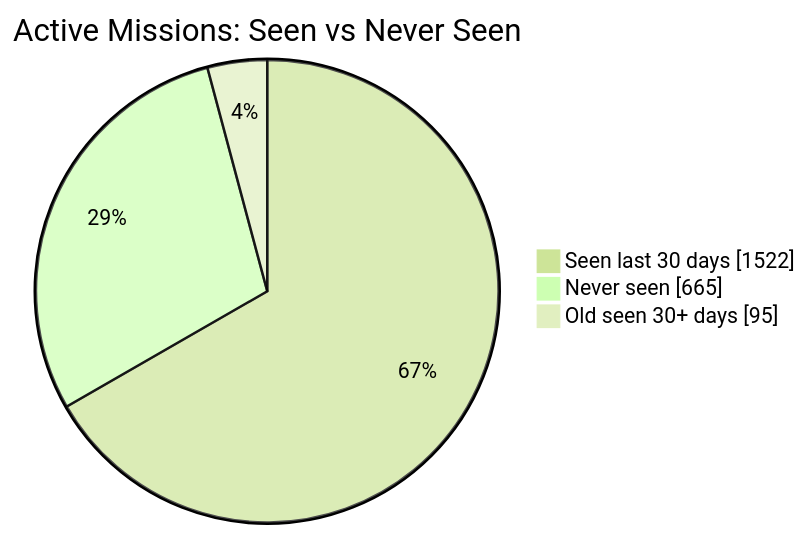
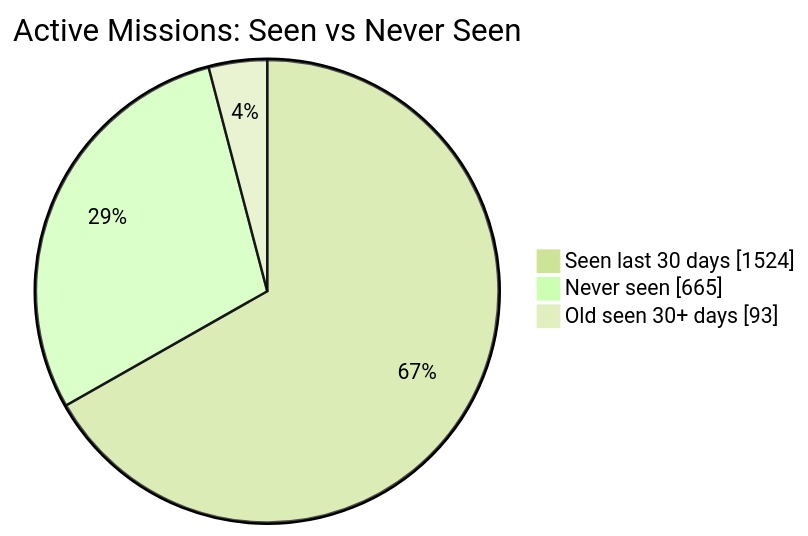
The first of 2 diagrams in README.md (MeldkamerspelGameTeam/active-missions), drawn with Mermaid (forest theme) before and after one commit. The commit also changed other lines of this file and 7 other files, not shown here.

````diff
--- a/README.md
+++ b/README.md
@@ -34,7 +34,7 @@
 ```mermaid
 pie showData
     title Active Missions: Seen vs Never Seen
-    "Seen last 30 days" : 1522
+    "Seen last 30 days" : 1524
     "Never seen" : 665
-    "Old seen 30+ days" : 95
+    "Old seen 30+ days" : 93
 ```
````
